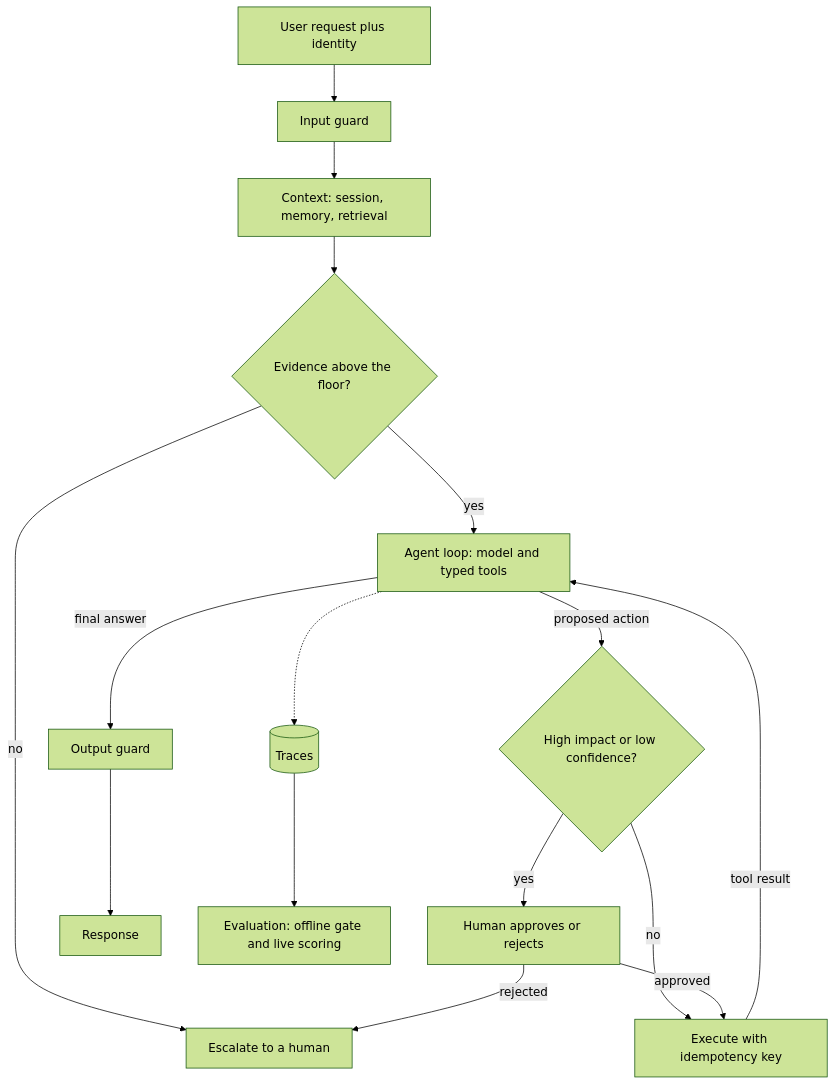
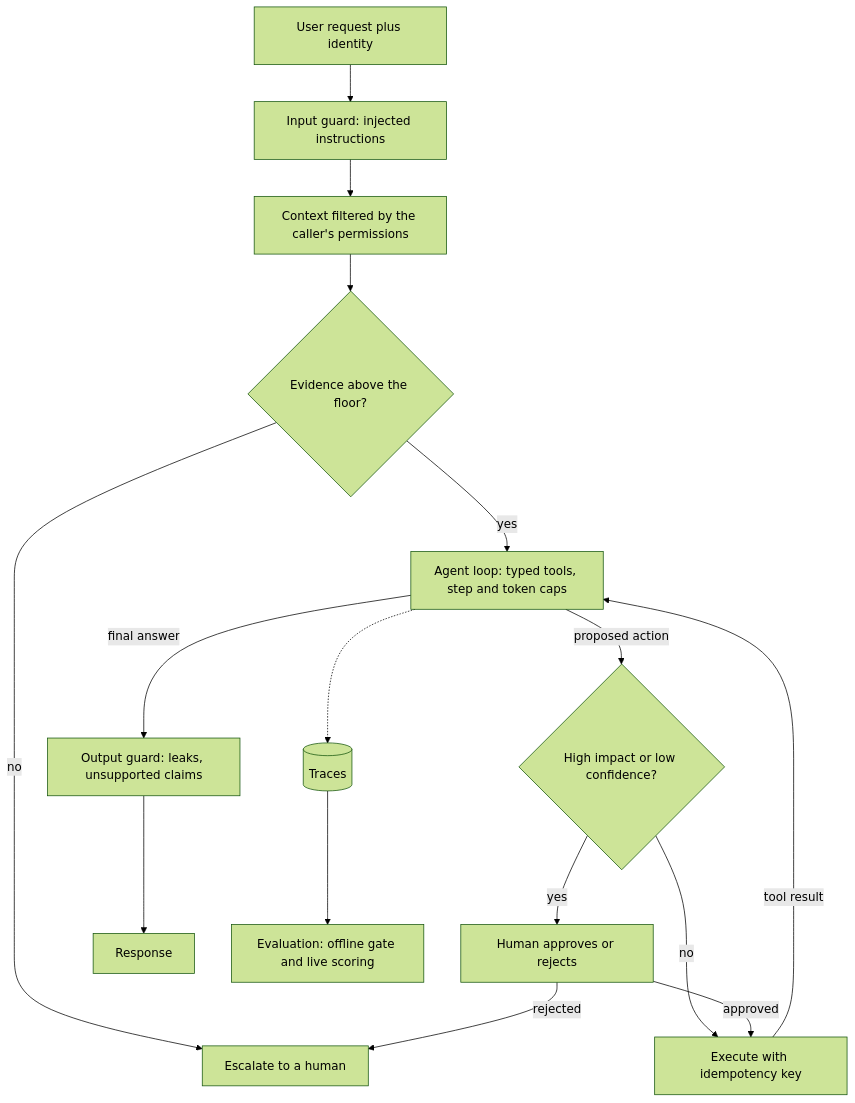
One commit to spabolu/system-design-modern changed the first of 2 diagrams in docs/05-advanced/production-ai-agents.md. Above: the diagram before and after it, drawn with Mermaid (forest theme). The commit also changed other lines of this file, not shown here.

````diff
--- a/docs/05-advanced/production-ai-agents.md
+++ b/docs/05-advanced/production-ai-agents.md
@@ -31,18 +24,18 @@
 ```mermaid
 flowchart TD
-    U["User request plus identity"] --> IG[Input guard]
-    IG --> CTX["Context: session, memory, retrieval"]
+    U["User request plus identity"] --> IG["Input guard: injected instructions"]
+    IG --> CTX["Context filtered by the caller's permissions"]
     CTX --> FL{Evidence above the floor?}
     FL -->|no| ESC[Escalate to a human]
-    FL -->|yes| LOOP["Agent loop: model and typed tools"]
+    FL -->|yes| LOOP["Agent loop: typed tools, step and token caps"]
     LOOP -->|proposed action| GATE{High impact or low confidence?}
     GATE -->|no| EXEC[Execute with idempotency key]
     GATE -->|yes| HUM[Human approves or rejects]
     HUM -->|approved| EXEC
     HUM -->|rejected| ESC
     EXEC -->|tool result| LOOP
-    LOOP -->|final answer| OG[Output guard]
+    LOOP -->|final answer| OG["Output guard: leaks, unsupported claims"]
     OG --> R[Response]
     LOOP -.-> TR[(Traces)]
     TR --> EV["Evaluation: offline gate and live scoring"]
 ```
````
